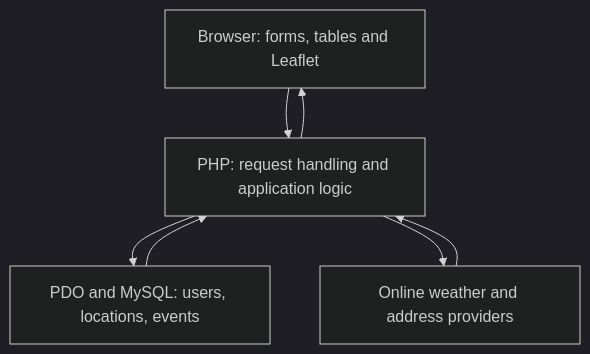
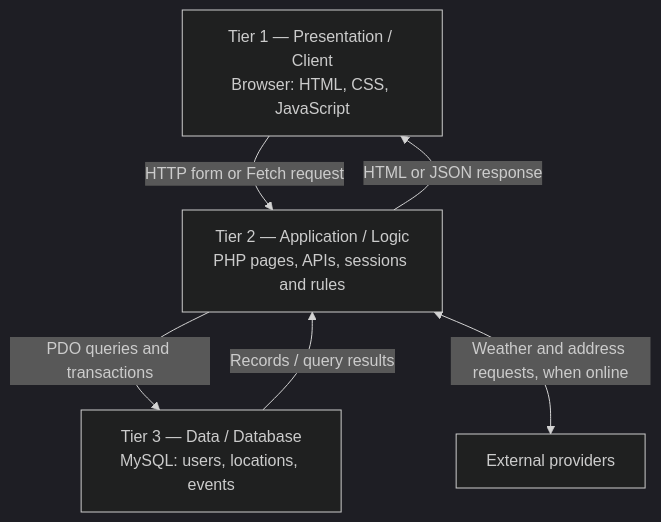
One commit to macJil/project1 changed the first of 2 diagrams in README.md. Above: the diagram before and after it, drawn with Mermaid (dark theme). The commit also changed other lines of this file and 1 other file, not shown here.

````diff
--- a/README.md
+++ b/README.md
@@ -88,9 +83,8 @@
 ```mermaid
 flowchart TD
-    B["Browser: forms, tables and Leaflet"] --> P["PHP: request handling and application logic"]
-    P --> D["PDO and MySQL: users, locations, events"]
-    D --> P
-    P --> B
-    P --> E["Online weather and address providers"]
-    E --> P
+    U["Tier 1 — Presentation / Client<br/>Browser: HTML, CSS, JavaScript"] -->|"HTTP form or Fetch request"| A["Tier 2 — Application / Logic<br/>PHP pages, APIs, sessions and rules"]
+    A -->|"PDO queries and transactions"| D["Tier 3 — Data / Database<br/>MySQL: users, locations, events"]
+    D -->|"Records / query results"| A
+    A -->|"HTML or JSON response"| U
+    A <-->|"Weather and address requests, when online"| E["External providers"]
 ```
````
